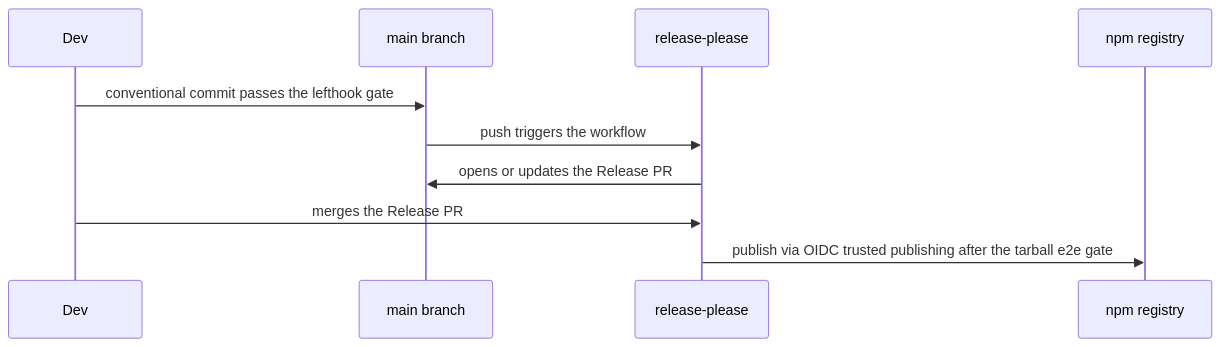
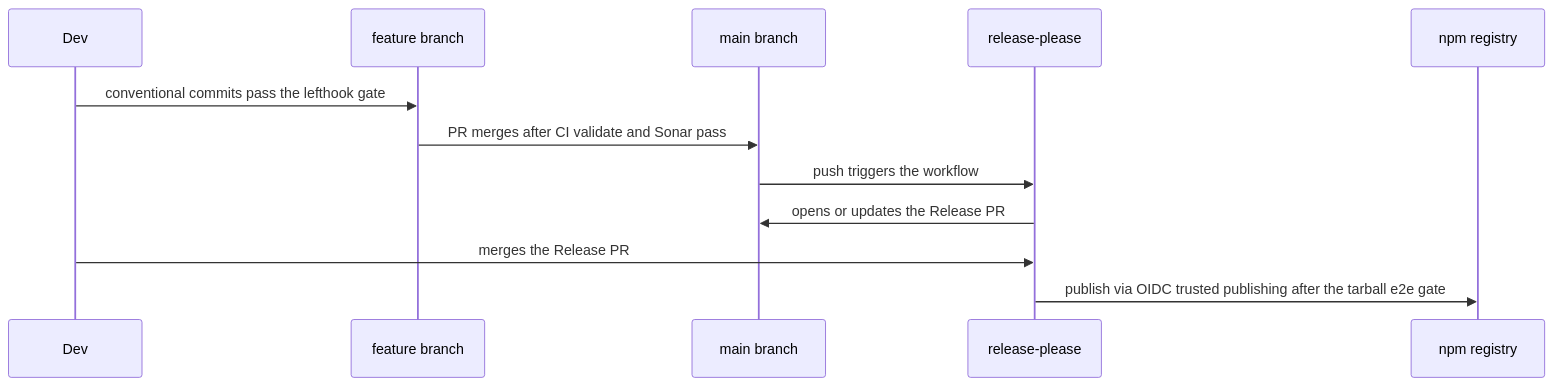
Before and after one commit to Disble/dlinter-ts-react: the fourth of 4 diagrams in docs/architecture.md, drawn with Mermaid. The commit also changed other lines of this file and 8 other files, not shown here.

First line of the commit message:
ci: adopt feature-branch + PR workflow with CI Sonar scan and coverage (#5)

````diff
--- a/docs/architecture.md
+++ b/docs/architecture.md
@@ -109,12 +109,14 @@
 ```mermaid
 sequenceDiagram
     participant Dev
+    participant FB as feature branch
     participant Main as main branch
     participant RP as release-please
     participant NPM as npm registry
-    Dev->>Main: conventional commit passes the lefthook gate
+    Dev->>FB: conventional commits pass the lefthook gate
+    FB->>Main: PR merges after CI validate and Sonar pass
     Main->>RP: push triggers the workflow
     RP->>Main: opens or updates the Release PR
     Dev->>RP: merges the Release PR
     RP->>NPM: publish via OIDC trusted publishing after the tarball e2e gate
 ```
````
